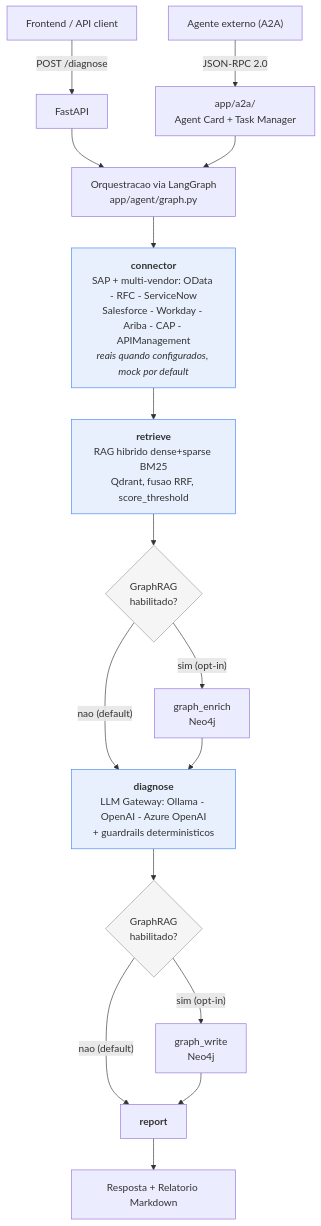
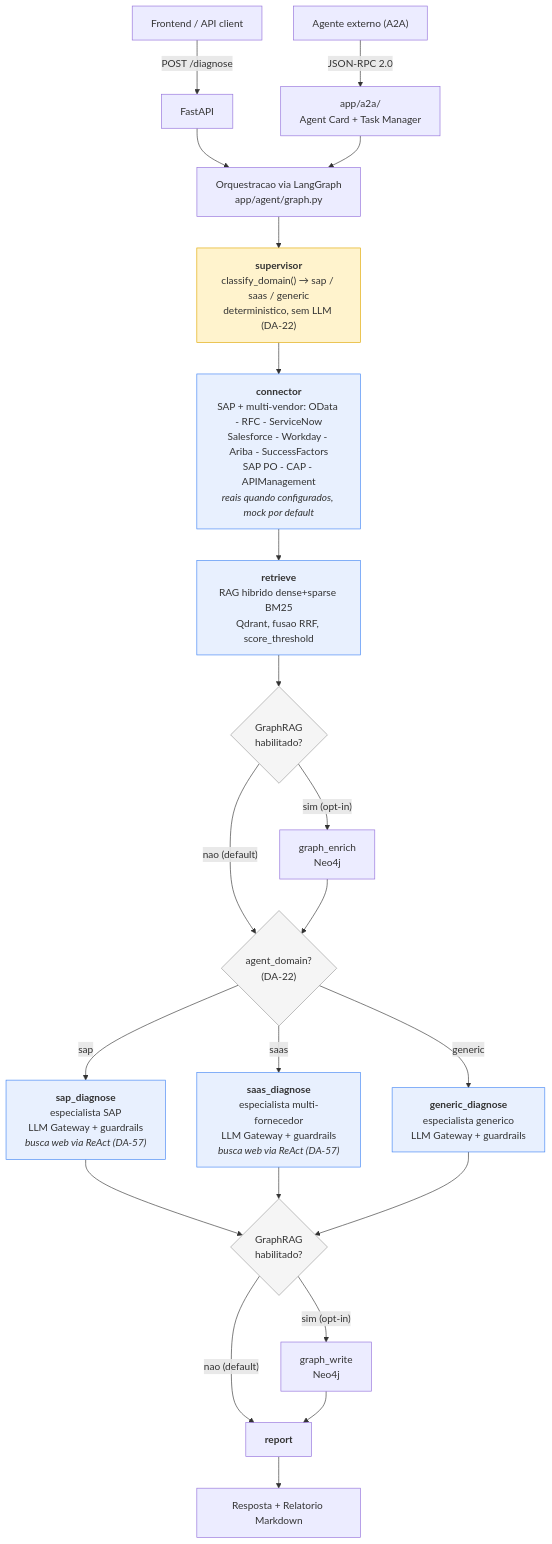
The diagram in README.md (marcos-slima/integration-incident-copilot), drawn with Mermaid before and after one commit. The commit also changed 4 other files, not shown here.

First line of the commit message:
docs: corrige diagramas Mermaid para refletir estado real do codigo

````diff
--- a/README.md
+++ b/README.md
@@ -37,24 +37,34 @@
 ```mermaid
 flowchart TD
     A["Frontend / API client"] -->|"POST /diagnose"| C["FastAPI"]
     B["Agente externo (A2A)"] -->|"JSON-RPC 2.0"| D["app/a2a/<br/>Agent Card + Task Manager"]
     C --> E["Orquestracao via LangGraph<br/>app/agent/graph.py"]
     D --> E
-    E --> F["<b>connector</b><br/>SAP + multi-vendor: OData - RFC - ServiceNow<br/>Salesforce - Workday - Ariba - CAP - APIManagement<br/><i>reais quando configurados, mock por default</i>"]
+    E --> S["<b>supervisor</b><br/>classify_domain() → sap / saas / generic<br/>deterministico, sem LLM (DA-22)"]
+    S --> F["<b>connector</b><br/>SAP + multi-vendor: OData - RFC - ServiceNow<br/>Salesforce - Workday - Ariba - SuccessFactors<br/>SAP PO - CAP - APIManagement<br/><i>reais quando configurados, mock por default</i>"]
     F --> G["<b>retrieve</b><br/>RAG hibrido dense+sparse BM25<br/>Qdrant, fusao RRF, score_threshold"]
     G --> H{"GraphRAG<br/>habilitado?"}
     H -->|"sim (opt-in)"| I["graph_enrich<br/>Neo4j"]
-    H -->|"nao (default)"| J["<b>diagnose</b><br/>LLM Gateway: Ollama - OpenAI - Azure OpenAI<br/>+ guardrails deterministicos"]
-    I --> J
-    J --> K{"GraphRAG<br/>habilitado?"}
+    H -->|"nao (default)"| R{"agent_domain?<br/>(DA-22)"}
+    I --> R
+    R -->|"sap"| J1["<b>sap_diagnose</b><br/>especialista SAP<br/>LLM Gateway + guardrails<br/><i>busca web via ReAct (DA-57)</i>"]
+    R -->|"saas"| J2["<b>saas_diagnose</b><br/>especialista multi-fornecedor<br/>LLM Gateway + guardrails<br/><i>busca web via ReAct (DA-57)</i>"]
+    R -->|"generic"| J3["<b>generic_diagnose</b><br/>especialista generico<br/>LLM Gateway + guardrails"]
+    J1 --> K{"GraphRAG<br/>habilitado?"}
+    J2 --> K
+    J3 --> K
     K -->|"sim (opt-in)"| L["graph_write<br/>Neo4j"]
     K -->|"nao (default)"| M["<b>report</b>"]
     L --> M
     M --> N["Resposta + Relatorio Markdown"]
 
     style H fill:#f5f5f5,stroke:#999
     style K fill:#f5f5f5,stroke:#999
+    style R fill:#f5f5f5,stroke:#999
+    style S fill:#fff3cd,stroke:#e0a800
     style F fill:#e8f0fe,stroke:#4285f4
     style G fill:#e8f0fe,stroke:#4285f4
-    style J fill:#e8f0fe,stroke:#4285f4
+    style J1 fill:#e8f0fe,stroke:#4285f4
+    style J2 fill:#e8f0fe,stroke:#4285f4
+    style J3 fill:#e8f0fe,stroke:#4285f4
 ```
````
